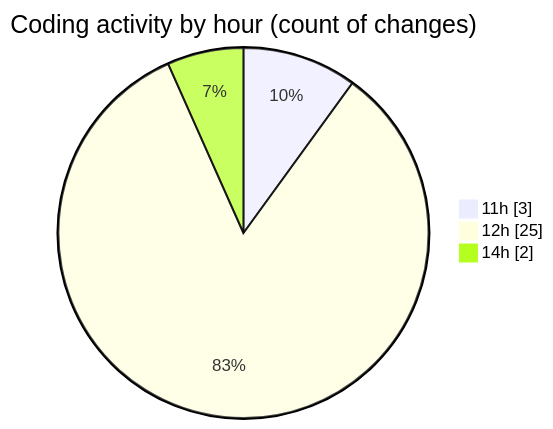
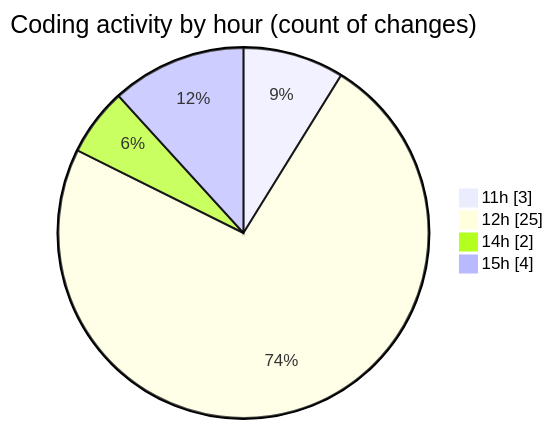
One commit to debugP/code-tracking changed the second of 2 diagrams in 2026-08-14/untitled__workspace_/README.md. Above: the diagram before and after it, drawn with Mermaid. The commit also changed other lines of this file and 1 other file, not shown here.

````diff
--- a/2026-08-14/untitled__workspace_/README.md
+++ b/2026-08-14/untitled__workspace_/README.md
@@ -32,7 +33,8 @@
 ```mermaid
 pie showData
 title Coding activity by hour (count of changes)
 "11h" : 3
 "12h" : 25
 "14h" : 2
+"15h" : 4
 ```
````
